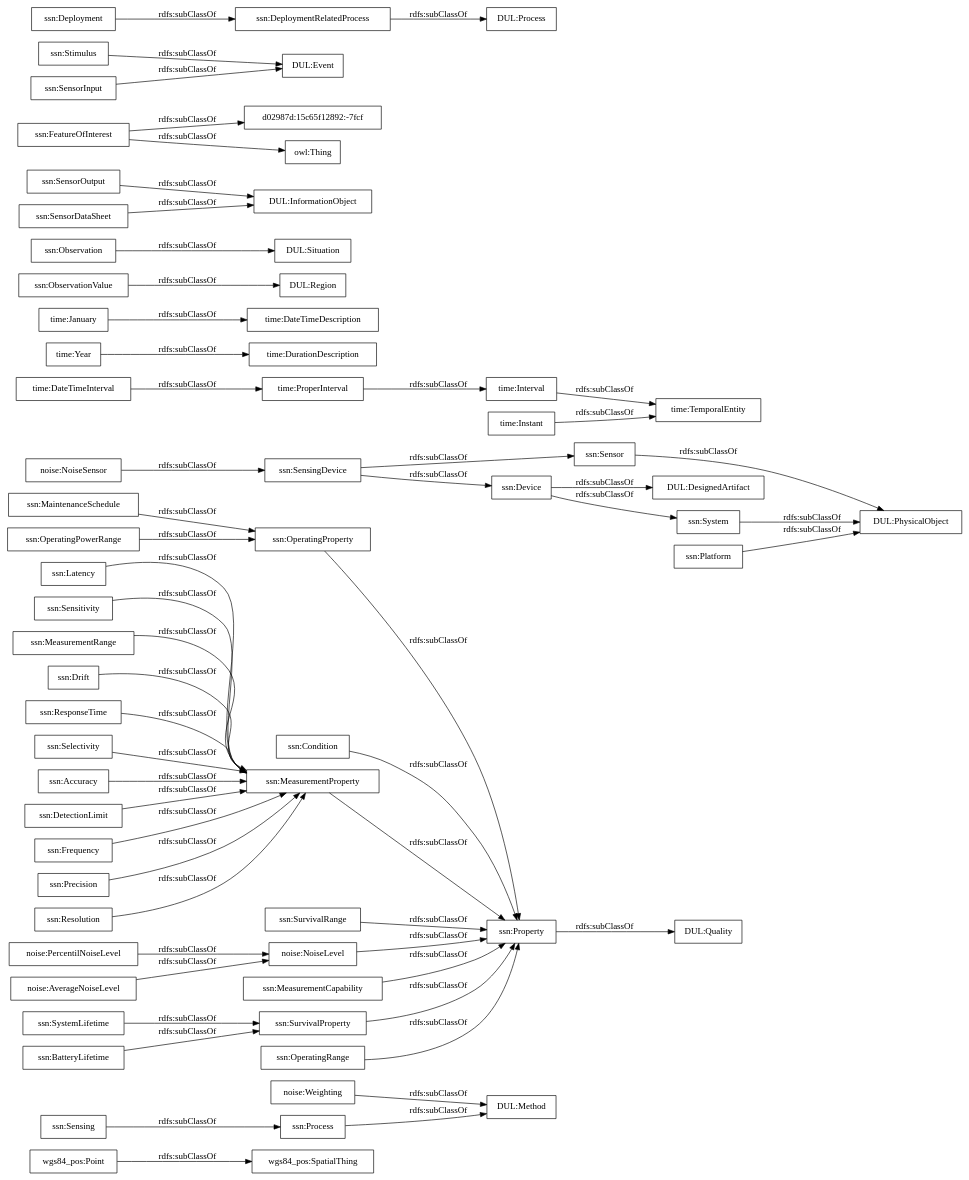
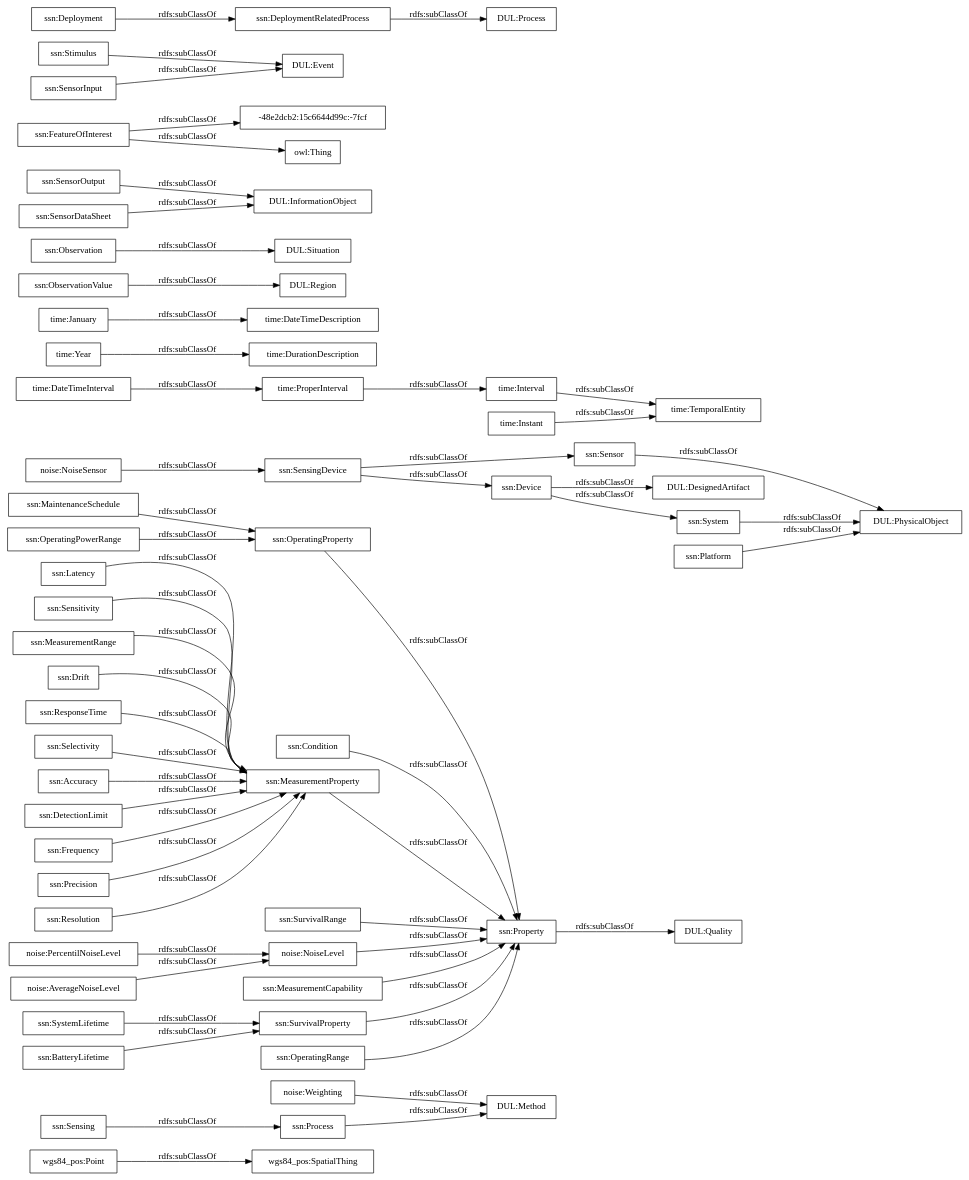
One commit to opencitydata/vocab-medio-ambiente-contaminacion-acustica changed the diagram in OnToology/contaminacion-acustica.owl/diagrams/ar2dtool-taxonomy/contaminacion-acustica.owl.png.dot. Above: the diagram before and after it, drawn with Graphviz. The commit also changed 1 other file, not shown here.

```diff
--- a/OnToology/contaminacion-acustica.owl/diagrams/ar2dtool-taxonomy/contaminacion-acustica.owl.png.dot
+++ b/OnToology/contaminacion-acustica.owl/diagrams/ar2dtool-taxonomy/contaminacion-acustica.owl.png.dot
@@ -1,60 +1,60 @@
 digraph ar2dtool_diagram { 
 rankdir=LR;
 size="1000"
-node [shape = rectangle, color="black"]; "wgs84_pos:SpatialThing" "wgs84_pos:Point" "noise:Weighting" "noise:PercentilNoiseLevel" "noise:NoiseSensor" "noise:NoiseLevel" "noise:AverageNoiseLevel" "time:DateTimeInterval" "time:DurationDescription" "time:January" "time:ProperInterval" "time:Interval" "time:TemporalEntity" "time:Year" "time:DateTimeDescription" "time:Instant" "ssn:Accuracy" "ssn:DetectionLimit" "ssn:Frequency" "ssn:Condition" "DUL:Region" "DUL:Situation" "DUL:PhysicalObject" "ssn:SensorOutput" "ssn:Precision" "ssn:Resolution" "DUL:Quality" "ssn:FeatureOfInterest" "ssn:Sensor" "DUL:InformationObject" "ssn:OperatingProperty" "DUL:Event" "ssn:OperatingPowerRange" "DUL:Method" "ssn:MaintenanceSchedule" "ssn:Sensing" "ssn:Latency" "ssn:SurvivalRange" "ssn:SensingDevice" "DUL:DesignedArtifact" "ssn:Sensitivity" "ssn:Stimulus" "DUL:Process" "ssn:MeasurementRange" "ssn:System" "ssn:SystemLifetime" "ssn:Property" "ssn:MeasurementProperty" "ssn:Process" "ssn:Deployment" "ssn:MeasurementCapability" "ssn:BatteryLifetime" "ssn:Drift" "ssn:DeploymentRelatedProcess" "ssn:SensorInput" "d02987d:15c65f12892:-7fcf" "ssn:ResponseTime" "ssn:ObservationValue" "ssn:SensorDataSheet" "ssn:Observation" "ssn:Selectivity" "ssn:SurvivalProperty" "ssn:Device" "ssn:OperatingRange" "ssn:Platform" ; /*classes style*/
+node [shape = rectangle, color="black"]; "wgs84_pos:SpatialThing" "wgs84_pos:Point" "noise:Weighting" "noise:PercentilNoiseLevel" "noise:NoiseSensor" "noise:NoiseLevel" "noise:AverageNoiseLevel" "time:DateTimeInterval" "time:DurationDescription" "time:January" "time:ProperInterval" "time:Interval" "time:TemporalEntity" "time:Year" "time:DateTimeDescription" "time:Instant" "ssn:Accuracy" "ssn:DetectionLimit" "ssn:Frequency" "ssn:Condition" "DUL:Region" "DUL:Situation" "DUL:PhysicalObject" "ssn:SensorOutput" "ssn:Precision" "ssn:Resolution" "DUL:Quality" "ssn:FeatureOfInterest" "ssn:Sensor" "DUL:InformationObject" "ssn:OperatingProperty" "DUL:Event" "ssn:OperatingPowerRange" "DUL:Method" "ssn:MaintenanceSchedule" "ssn:Sensing" "ssn:Latency" "-48e2dcb2:15c6644d99c:-7fcf" "ssn:SurvivalRange" "ssn:SensingDevice" "DUL:DesignedArtifact" "ssn:Sensitivity" "ssn:Stimulus" "DUL:Process" "ssn:MeasurementRange" "ssn:System" "ssn:SystemLifetime" "ssn:Property" "ssn:MeasurementProperty" "ssn:Process" "ssn:Deployment" "ssn:MeasurementCapability" "ssn:BatteryLifetime" "ssn:Drift" "ssn:DeploymentRelatedProcess" "ssn:SensorInput" "ssn:ResponseTime" "ssn:ObservationValue" "ssn:SensorDataSheet" "ssn:Observation" "ssn:Selectivity" "ssn:SurvivalProperty" "ssn:Device" "ssn:OperatingRange" "ssn:Platform" ; /*classes style*/
 	"noise:AverageNoiseLevel" -> "noise:NoiseLevel" [ label = "rdfs:subClassOf" ];
 	"ssn:Deployment" -> "ssn:DeploymentRelatedProcess" [ label = "rdfs:subClassOf" ];
 	"ssn:SensingDevice" -> "ssn:Sensor" [ label = "rdfs:subClassOf" ];
 	"ssn:SensingDevice" -> "ssn:Device" [ label = "rdfs:subClassOf" ];
 	"ssn:DeploymentRelatedProcess" -> "DUL:Process" [ label = "rdfs:subClassOf" ];
 	"ssn:Accuracy" -> "ssn:MeasurementProperty" [ label = "rdfs:subClassOf" ];
 	"time:Instant" -> "time:TemporalEntity" [ label = "rdfs:subClassOf" ];
 	"ssn:FeatureOfInterest" -> "owl:Thing" [ label = "rdfs:subClassOf" ];
-	"ssn:FeatureOfInterest" -> "d02987d:15c65f12892:-7fcf" [ label = "rdfs:subClassOf" ];
+	"ssn:FeatureOfInterest" -> "-48e2dcb2:15c6644d99c:-7fcf" [ label = "rdfs:subClassOf" ];
 	"ssn:Latency" -> "ssn:MeasurementProperty" [ label = "rdfs:subClassOf" ];
 	"ssn:Process" -> "DUL:Method" [ label = "rdfs:subClassOf" ];
 	"noise:Weighting" -> "DUL:Method" [ label = "rdfs:subClassOf" ];
 	"time:ProperInterval" -> "time:Interval" [ label = "rdfs:subClassOf" ];
 	"ssn:Property" -> "DUL:Quality" [ label = "rdfs:subClassOf" ];
 	"ssn:MeasurementProperty" -> "ssn:Property" [ label = "rdfs:subClassOf" ];
 	"wgs84_pos:Point" -> "wgs84_pos:SpatialThing" [ label = "rdfs:subClassOf" ];
 	"ssn:ResponseTime" -> "ssn:MeasurementProperty" [ label = "rdfs:subClassOf" ];
 	"ssn:OperatingRange" -> "ssn:Property" [ label = "rdfs:subClassOf" ];
 	"noise:NoiseLevel" -> "ssn:Property" [ label = "rdfs:subClassOf" ];
 	"ssn:MeasurementRange" -> "ssn:MeasurementProperty" [ label = "rdfs:subClassOf" ];
 	"ssn:Stimulus" -> "DUL:Event" [ label = "rdfs:subClassOf" ];
 	"ssn:SurvivalProperty" -> "ssn:Property" [ label = "rdfs:subClassOf" ];
 	"ssn:MaintenanceSchedule" -> "ssn:OperatingProperty" [ label = "rdfs:subClassOf" ];
 	"ssn:SensorInput" -> "DUL:Event" [ label = "rdfs:subClassOf" ];
 	"ssn:Sensitivity" -> "ssn:MeasurementProperty" [ label = "rdfs:subClassOf" ];
 	"ssn:Drift" -> "ssn:MeasurementProperty" [ label = "rdfs:subClassOf" ];
 	"ssn:System" -> "DUL:PhysicalObject" [ label = "rdfs:subClassOf" ];
 	"ssn:Resolution" -> "ssn:MeasurementProperty" [ label = "rdfs:subClassOf" ];
 	"ssn:Precision" -> "ssn:MeasurementProperty" [ label = "rdfs:subClassOf" ];
 	"noise:PercentilNoiseLevel" -> "noise:NoiseLevel" [ label = "rdfs:subClassOf" ];
 	"ssn:DetectionLimit" -> "ssn:MeasurementProperty" [ label = "rdfs:subClassOf" ];
 	"time:DateTimeInterval" -> "time:ProperInterval" [ label = "rdfs:subClassOf" ];
 	"ssn:Sensor" -> "DUL:PhysicalObject" [ label = "rdfs:subClassOf" ];
 	"ssn:SensorDataSheet" -> "DUL:InformationObject" [ label = "rdfs:subClassOf" ];
 	"ssn:OperatingPowerRange" -> "ssn:OperatingProperty" [ label = "rdfs:subClassOf" ];
 	"time:Interval" -> "time:TemporalEntity" [ label = "rdfs:subClassOf" ];
 	"noise:NoiseSensor" -> "ssn:SensingDevice" [ label = "rdfs:subClassOf" ];
 	"time:January" -> "time:DateTimeDescription" [ label = "rdfs:subClassOf" ];
 	"ssn:ObservationValue" -> "DUL:Region" [ label = "rdfs:subClassOf" ];
 	"ssn:Device" -> "DUL:DesignedArtifact" [ label = "rdfs:subClassOf" ];
 	"ssn:Device" -> "ssn:System" [ label = "rdfs:subClassOf" ];
 	"ssn:Platform" -> "DUL:PhysicalObject" [ label = "rdfs:subClassOf" ];
 	"time:Year" -> "time:DurationDescription" [ label = "rdfs:subClassOf" ];
 	"ssn:OperatingProperty" -> "ssn:Property" [ label = "rdfs:subClassOf" ];
 	"ssn:Selectivity" -> "ssn:MeasurementProperty" [ label = "rdfs:subClassOf" ];
 	"ssn:BatteryLifetime" -> "ssn:SurvivalProperty" [ label = "rdfs:subClassOf" ];
 	"ssn:Observation" -> "DUL:Situation" [ label = "rdfs:subClassOf" ];
 	"ssn:Sensing" -> "ssn:Process" [ label = "rdfs:subClassOf" ];
 	"ssn:SystemLifetime" -> "ssn:SurvivalProperty" [ label = "rdfs:subClassOf" ];
 	"ssn:SurvivalRange" -> "ssn:Property" [ label = "rdfs:subClassOf" ];
 	"ssn:Frequency" -> "ssn:MeasurementProperty" [ label = "rdfs:subClassOf" ];
 	"ssn:SensorOutput" -> "DUL:InformationObject" [ label = "rdfs:subClassOf" ];
 	"ssn:Condition" -> "ssn:Property" [ label = "rdfs:subClassOf" ];
 	"ssn:MeasurementCapability" -> "ssn:Property" [ label = "rdfs:subClassOf" ];
 
 }
```
